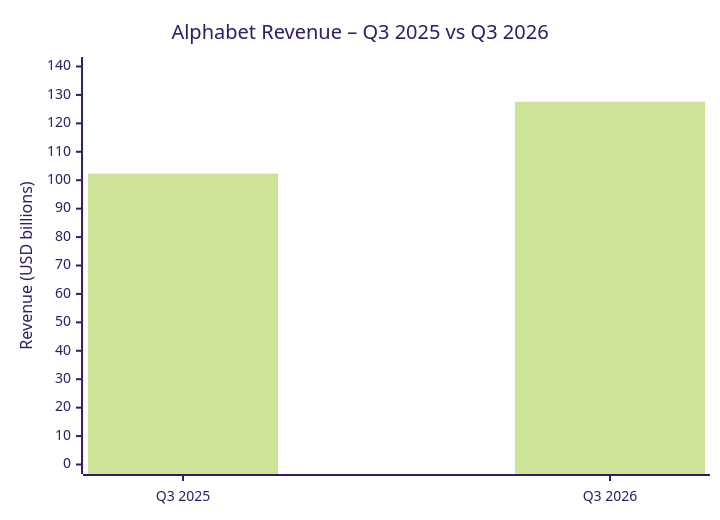
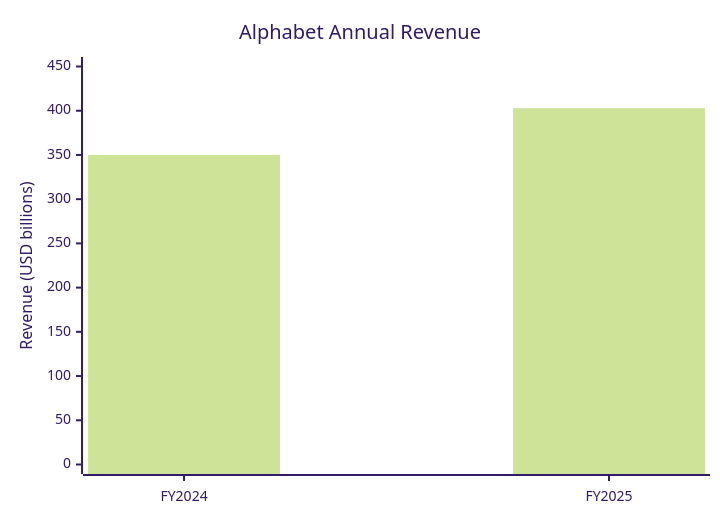
Before and after one commit to Ayush-srivastava504/System-design: the fifth of 19 diagrams in DAY-005-GOOGLE-CASE-STUDY.md, drawn with Mermaid (forest theme). The commit also changed other lines of this file, not shown here.

````diff
--- a/DAY-005-GOOGLE-CASE-STUDY.md
+++ b/DAY-005-GOOGLE-CASE-STUDY.md
@@ -195,7 +625,7 @@
 ```mermaid
 xychart-beta
-    title "Alphabet Revenue – Q3 2025 vs Q3 2026"
-    x-axis ["Q3 2025", "Q3 2026"]
-    y-axis "Revenue (USD billions)" 0 --> 140
-    bar [102.3, 127.6]
+    title "Alphabet Annual Revenue"
+    x-axis ["FY2024", "FY2025"]
+    y-axis "Revenue (USD billions)" 0 --> 450
+    bar [350.02, 402.84]
 ```
````
